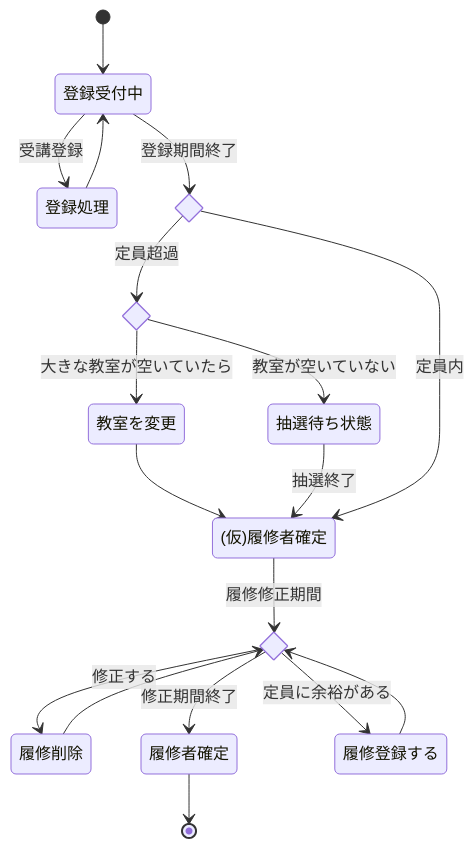
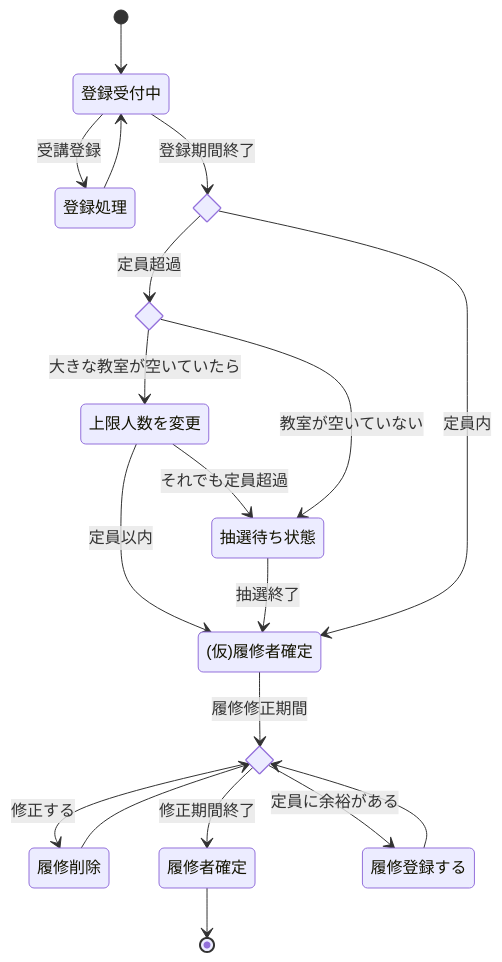
The diagram in zugagijutu/第5回/ensyu1.md (rrr-bit00/kougi), drawn with Mermaid before and after one commit. The commit also changed 1 other file, not shown here.

````diff
--- a/zugagijutu/第5回/ensyu1.md
+++ b/zugagijutu/第5回/ensyu1.md
@@ -1,38 +1,39 @@
 ```mermaid
 
 stateDiagram-v2
     direction TB
     
     uke : 登録受付中
     syo : 登録処理
     kaku : (仮)履修者確定
     sen : 抽選待ち状態
     clear : 履修削除
     saikaku : 履修者確定
     saitouroku : 履修登録する
-    class_ch : 教室を変更
+    ch : 上限人数を変更
 
     [*] --> uke
     uke --> syo : 受講登録
     syo --> uke
 
     state 終了 <<choice>>
     uke --> 終了 : 登録期間終了
-    state chenge <<choice>>
-    終了 --> chenge : 定員超過
-    chenge --> class_ch : 大きな教室が空いていたら
-    chenge --> sen : 教室が空いていない
-    class_ch --> kaku
+    state change <<choice>>
+    終了 --> change : 定員超過
+    change --> ch : 大きな教室が空いていたら
+    ch --> sen : それでも定員超過
+    change --> sen : 教室が空いていない
+    ch --> kaku : 定員以内
     sen --> kaku : 抽選終了
     終了 --> kaku : 定員内
     
     state 修正 <<choice>>
     kaku --> 修正 : 履修修正期間
     修正 --> clear : 修正する
     clear --> 修正
     修正 --> saikaku :　修正期間終了
     修正 --> saitouroku : 定員に余裕がある
     saitouroku --> 修正 
     saikaku --> [*]
 
 ```
````
